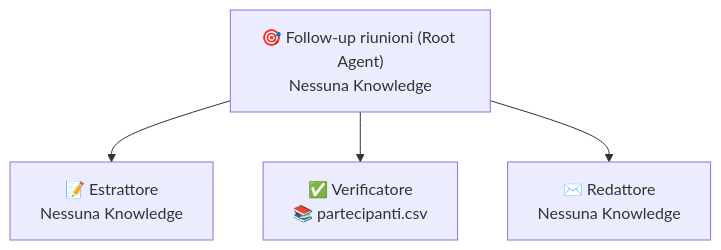
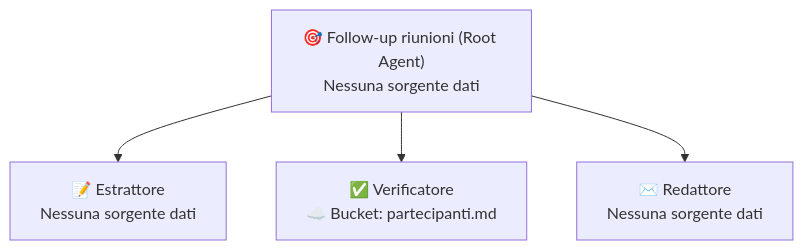
The diagram in use-cases/04-verbale-azioni/README.md (labs-ennova-research/ge-demo-brigata), drawn with Mermaid before and after one commit. The commit also changed other lines of this file and 13 other files, not shown here.

Commit message:
docs(use-cases): convert CSV to Markdown tables and use bucket for subagents

````diff
--- a/use-cases/04-verbale-azioni/README.md
+++ b/use-cases/04-verbale-azioni/README.md
@@ -76,6 +76,6 @@
 ```mermaid
 flowchart TD
-    R["🎯 Follow-up riunioni (Root Agent)\nNessuna Knowledge"] --> S1["📝 Estrattore\nNessuna Knowledge"]
-    R --> S2["✅ Verificatore\n📚 partecipanti.csv"]
-    R --> S3["✉️ Redattore\nNessuna Knowledge"]
+    R["🎯 Follow-up riunioni (Root Agent)\nNessuna sorgente dati"] --> S1["📝 Estrattore\nNessuna sorgente dati"]
+    R --> S2["✅ Verificatore\n☁️ Bucket: partecipanti.md"]
+    R --> S3["✉️ Redattore\nNessuna sorgente dati"]
 ```
````
